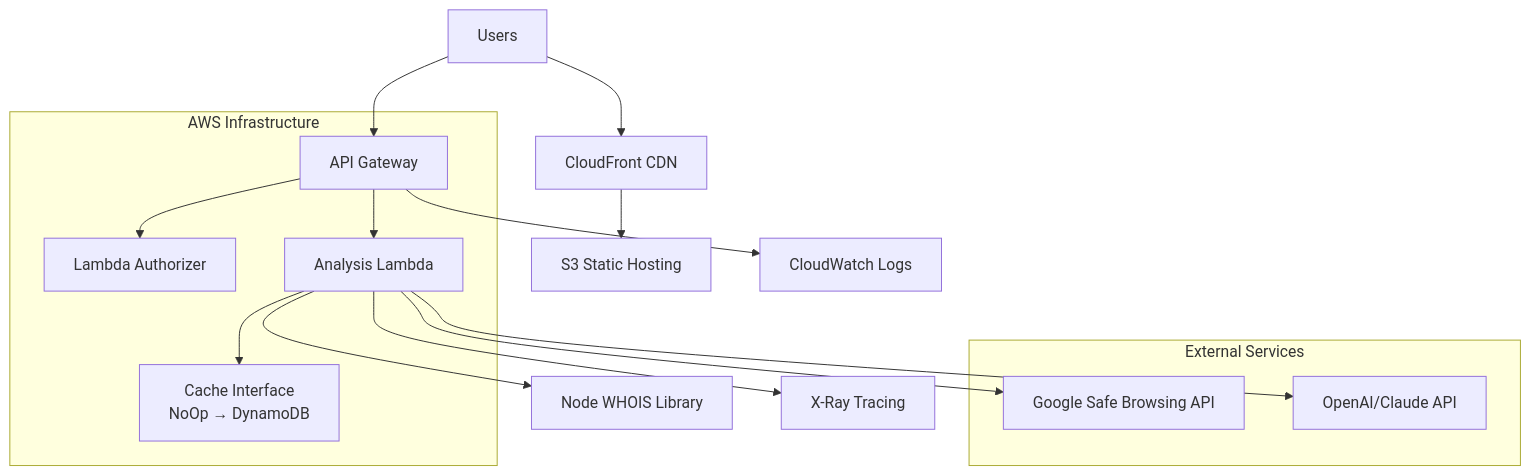
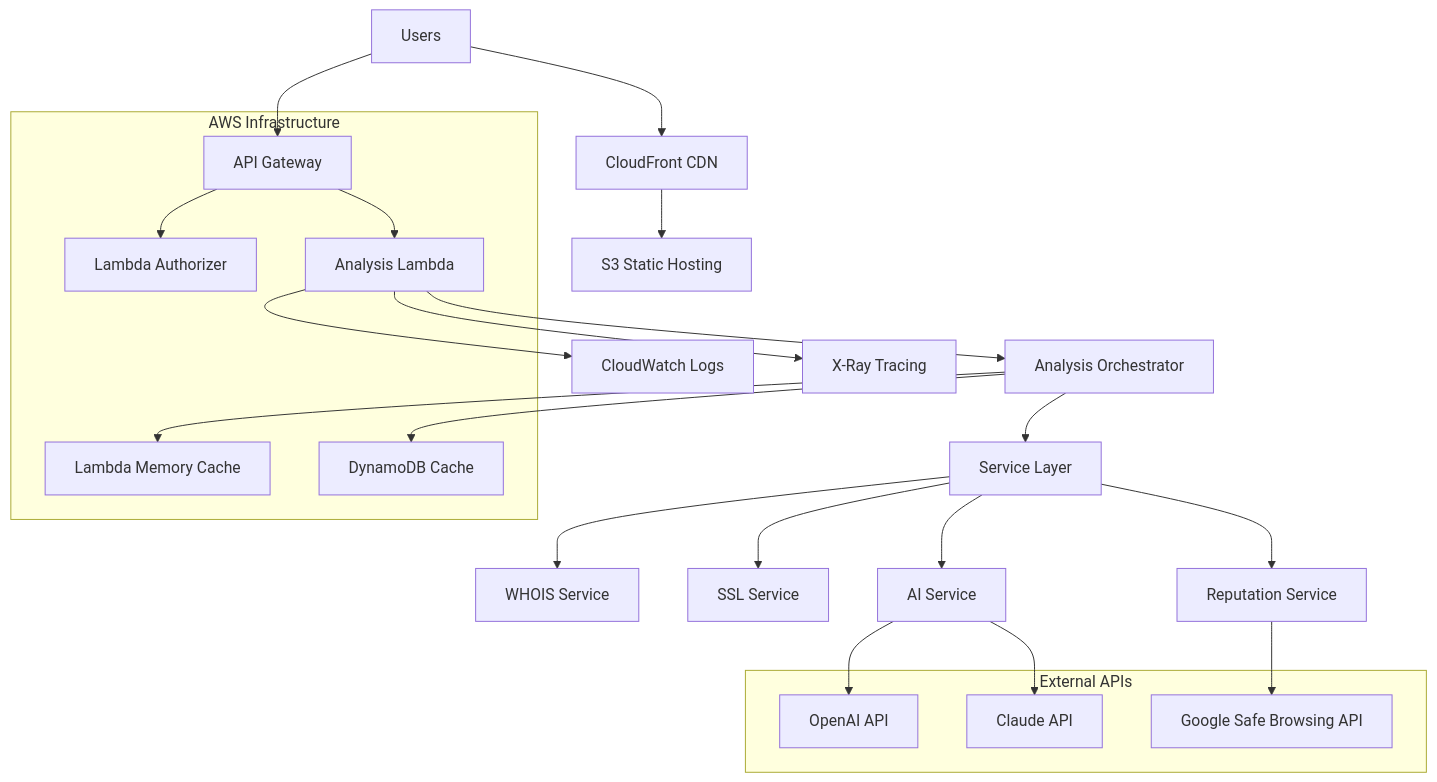
One commit to danwashusen/scam-checker changed the second of 3 diagrams in docs/architecture.md. Above: the diagram before and after it, drawn with Mermaid. The commit also changed other lines of this file and 6 other files, not shown here.

First line of the commit message:
docs: complete architecture document sharding and updates

````diff
--- a/docs/architecture.md
+++ b/docs/architecture.md
@@ -47,28 +97,39 @@
 ```mermaid
 graph TB
     User[Users] --> CF[CloudFront CDN]
     CF --> S3[S3 Static Hosting]
-    User --> API[API Gateway]
-    API --> Auth[Lambda Authorizer]
-    API --> Analyze[Analysis Lambda]
+    User --> APIGW[API Gateway]
+    APIGW --> Auth[Lambda Authorizer]
+    APIGW --> Lambda[Analysis Lambda]
     
-    Analyze --> Cache[Cache Interface<br/>NoOp → DynamoDB]
-    Analyze --> WHOIS[Node WHOIS Library]
-    Analyze --> GSB[Google Safe Browsing API]
-    Analyze --> AI[OpenAI/Claude API]
+    Lambda --> Orchestrator[Analysis Orchestrator]
+    Orchestrator --> MemCache[Lambda Memory Cache]
+    Orchestrator --> DDB[DynamoDB Cache]
+    Orchestrator --> Services[Service Layer]
     
-    API --> CW[CloudWatch Logs]
-    Analyze --> XR[X-Ray Tracing]
+    Services --> WHOIS[WHOIS Service]
+    Services --> SSL[SSL Service]
+    Services --> Rep[Reputation Service] 
+    Services --> AI[AI Service]
+    
+    AI --> OpenAI[OpenAI API]
+    AI --> Claude[Claude API]
+    Rep --> GSB[Google Safe Browsing API]
+    
+    Lambda --> CW[CloudWatch Logs]
+    Lambda --> XR[X-Ray Tracing]
     
     subgraph "AWS Infrastructure"
-        API
+        APIGW
         Auth
-        Analyze
-        Cache
+        Lambda
+        MemCache
+        DDB
     end
     
-    subgraph "External Services"
+    subgraph "External APIs"
+        OpenAI
+        Claude
         GSB
-        AI
     end
 ```
````
